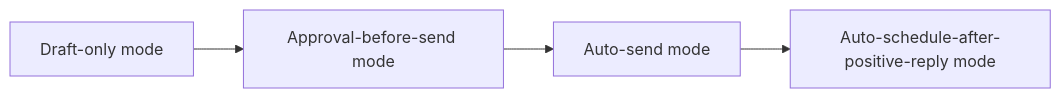
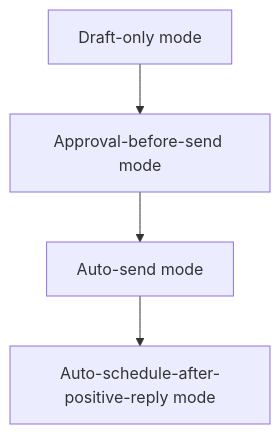
Before and after one commit to VolodymyrLinuxovich/largevcmodel: the fifth of 6 diagrams in README.md, drawn with Mermaid. The commit also changed other lines of this file, not shown here.

Commit message:
Update README.md -- toggle flowchart direction

````diff
--- a/README.md
+++ b/README.md
@@ -235,11 +235,11 @@
 ```mermaid
-flowchart LR
+flowchart TD
     DraftOnly["Draft-only mode"]
     ApprovalSend["Approval-before-send mode"]
     AutoSend["Auto-send mode"]
     AutoSchedule["Auto-schedule-after-positive-reply mode"]
 
     DraftOnly --> ApprovalSend
     ApprovalSend --> AutoSend
     AutoSend --> AutoSchedule
 ```
````
